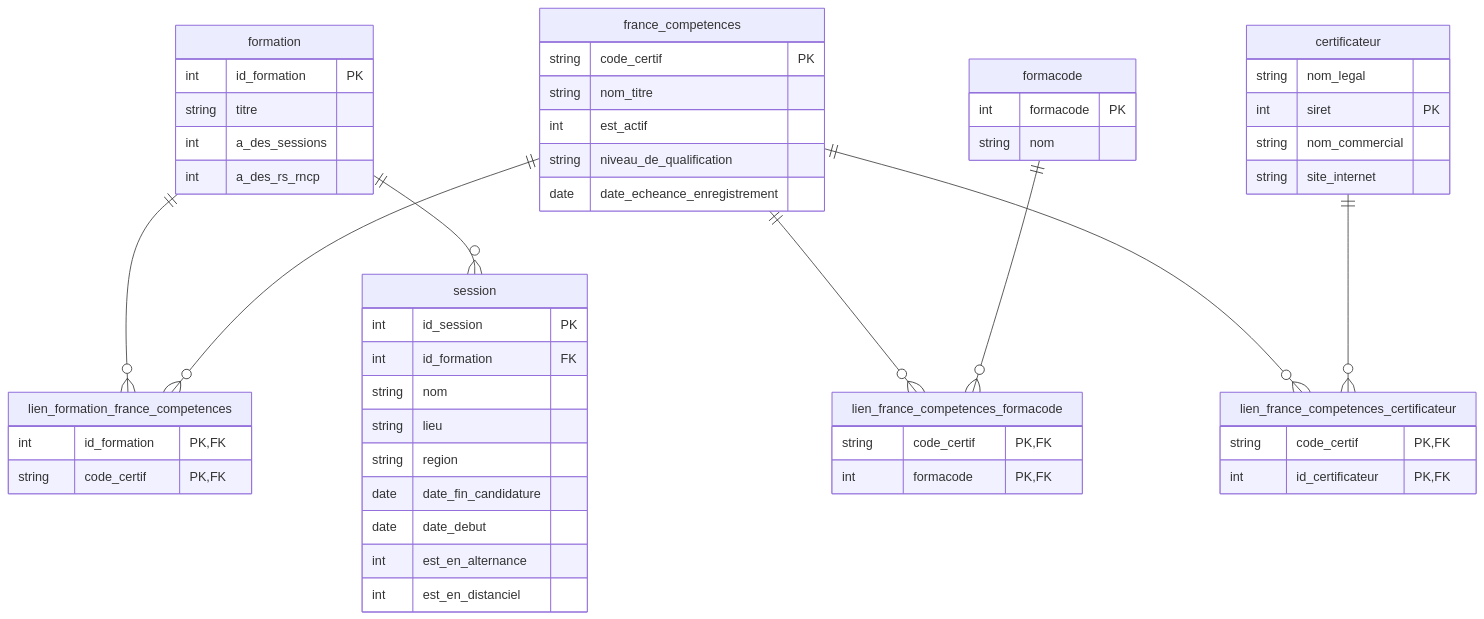
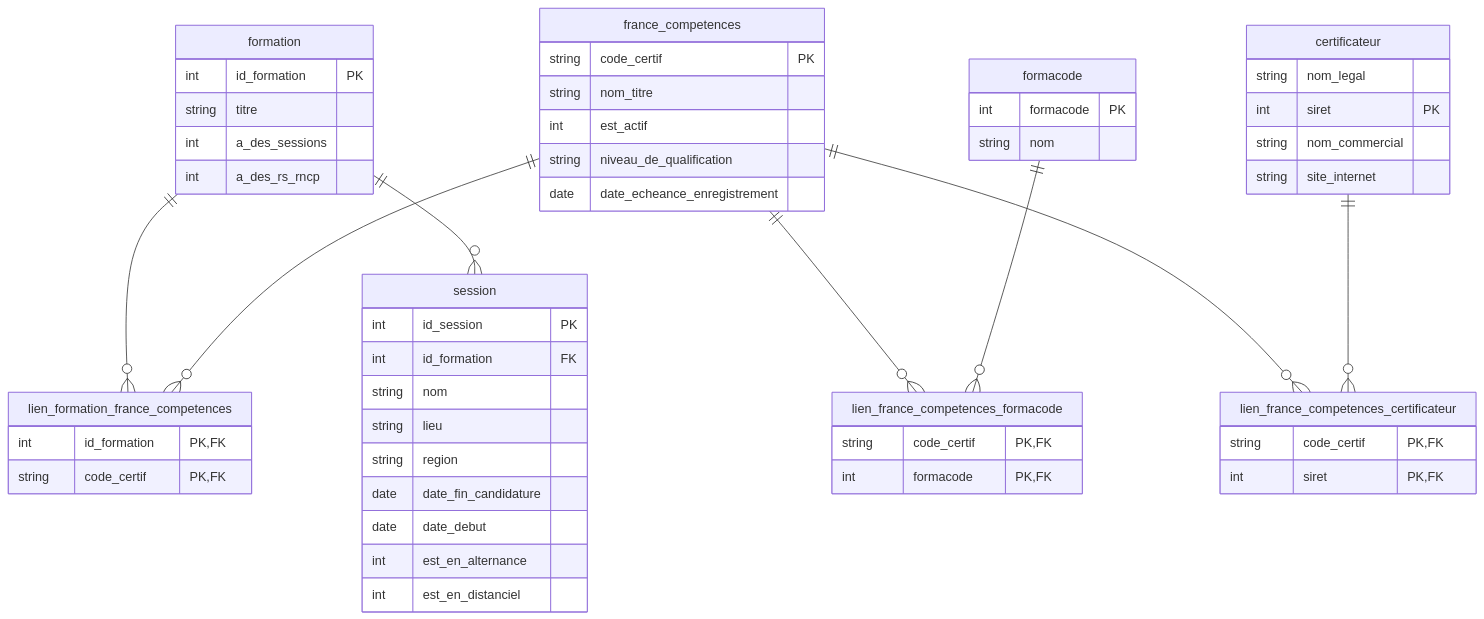
Before and after one commit to StevenDelval/Scraping_formations: the diagram in schema.md, drawn with Mermaid.

Commit message:
Correct the schema

````diff
--- a/schema.md
+++ b/schema.md
@@ -1,69 +1,69 @@
 ```mermaid
 erDiagram
     formation {
         int id_formation PK
         string titre 
         int a_des_sessions
         int a_des_rs_rncp
        
     }
 
     france_competences {
         string code_certif PK
         string nom_titre
         int est_actif
         string niveau_de_qualification
         date date_echeance_enregistrement
     }
     
     lien_formation_france_competences {
         int id_formation PK,FK
         string code_certif PK,FK
     }
 
     formacode{
         int formacode PK
         string nom
     }
 
     lien_france_competences_formacode {
         string code_certif PK,FK
         int formacode PK,FK
     }
 
     certificateur{
         string nom_legal
         int siret PK
         string nom_commercial
         string site_internet 
     }
 
     lien_france_competences_certificateur{
         string code_certif PK,FK
-        int id_certificateur PK,FK
+        int siret PK,FK
     }
 
     session{
         int id_session PK
         int id_formation FK
         string nom
         string lieu
         string region
         date date_fin_candidature
         date date_debut
         int est_en_alternance
         int est_en_distanciel
     }
 
     formation ||--o{ lien_formation_france_competences : ""
     france_competences ||--o{ lien_formation_france_competences : ""
     
     france_competences ||--o{ lien_france_competences_formacode : ""
     formacode ||--o{ lien_france_competences_formacode : ""
     
     france_competences ||--o{ lien_france_competences_certificateur : ""
     certificateur ||--o{ lien_france_competences_certificateur : ""
 
     formation ||--o{ session : ""
     
 ```
````
